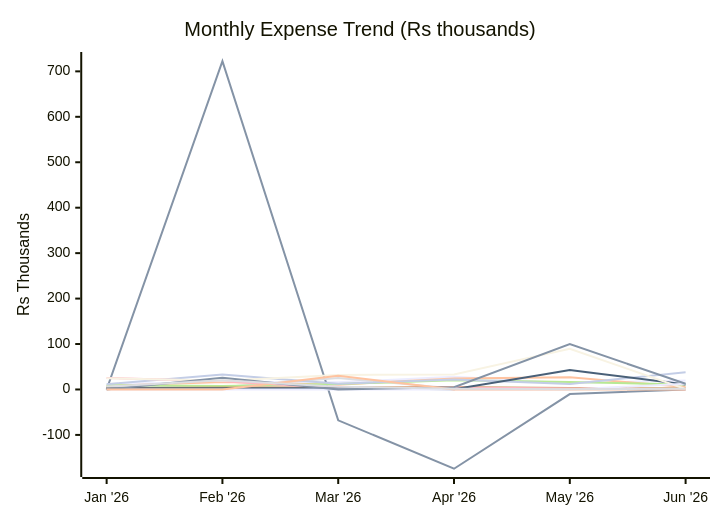
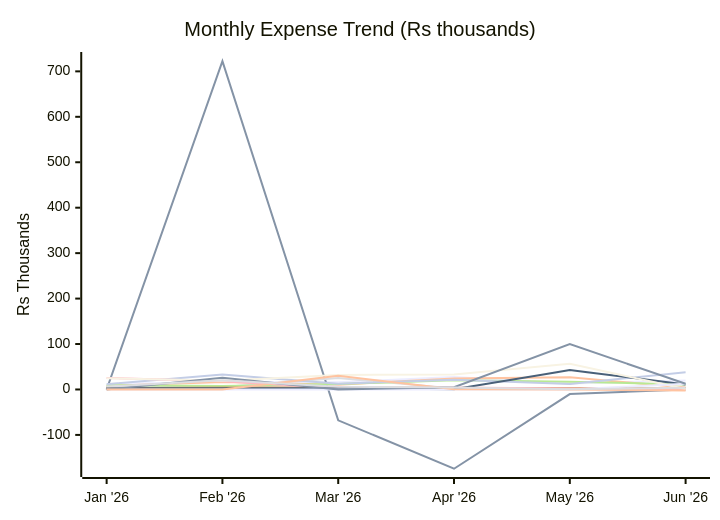
The first of 2 diagrams in reports/2026-06.md (sachin-hg/expense-reporter), drawn with Mermaid before and after one commit. The commit also changed other lines of this file and 8 other files, not shown here.

````diff
--- a/reports/2026-06.md
+++ b/reports/2026-06.md
@@ -26,20 +27,20 @@
 ```mermaid
 xychart-beta
     title "Monthly Expense Trend (Rs thousands)"
     x-axis ["Jan '26", "Feb '26", "Mar '26", "Apr '26", "May '26", "Jun '26"]
     y-axis "Rs Thousands" -175 --> 725
-    line "Travel" [12.2, 16.5, 15.9, 27.9, 13.7, 20.0]
+    line "Travel" [12.2, 16.5, 15.9, 27.3, 13.3, 20.0]
     line "Trip" [0.0, 722.3, -67.9, -174.4, -10.2, 0.0]
-    line "Shopping" [7.8, 16.4, 10.6, 24.2, 26.8, 5.3]
+    line "Shopping" [7.8, 16.4, 10.6, 24.2, 26.8, 4.3]
     line "Baby" [7.7, 5.6, 25.3, 2.4, 1.0, 0.8]
-    line "Outside Food" [9.5, 7.6, 12.1, 20.2, 16.4, 11.2]
-    line "Grocery" [2.5, 4.5, 4.7, 5.3, 3.2, 2.5]
-    line "Utilities & Bills" [11.5, 33.2, 12.6, 21.7, 12.3, 37.7]
+    line "Outside Food" [9.5, 7.6, 12.1, 20.3, 16.9, 11.2]
+    line "Grocery" [2.5, 4.5, 4.7, 3.4, 3.2, 3.5]
+    line "Utilities & Bills" [11.5, 33.2, 12.6, 21.3, 12.3, 37.7]
     line "Health, Fitness & Self Care" [25.5, 18.3, 2.5, 4.4, 2.3, 0.6]
     line "Upskill / AI" [2.6, 2.5, 2.6, 0.4, 42.6, 11.0]
-    line "Rohan" [24.8, 19.3, 32.0, 33.1, 89.6, 1.1]
+    line "Rohan" [24.8, 19.3, 32.0, 33.1, 56.6, 1.1]
     line "Papa" [0.0, 0.0, 0.0, 0.0, 0.0, 12.5]
     line "One-Time Expense" [0.0, 25.8, 0.0, 5.0, 99.7, 12.7]
-    line "Tax" [0.0, 0.0, 30.3, 0.0, 0.0, 0.0]
-    line "Others" [6.3, 20.3, 5.9, 1.8, 0.7, 1.6]
+    line "Tax" [0.0, 0.0, 30.3, 0.3, 0.2, -2.1]
+    line "Others" [6.3, 20.3, 5.9, 4.3, 0.5, 3.7]
 ```
````
